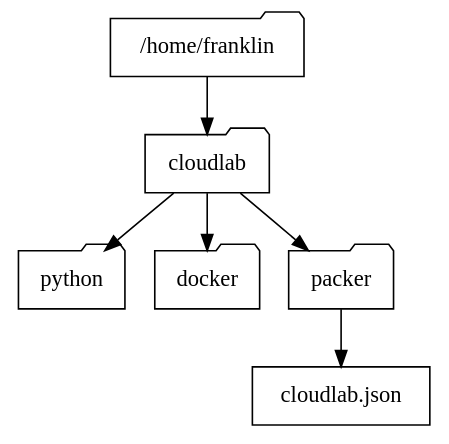
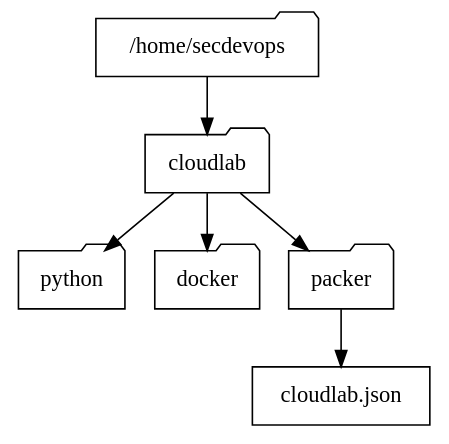
One commit to ajcborges/devsecops-tactical-workbook changed the diagram in docs/_source/tools.rst. Above: the diagram before and after it, drawn with Graphviz. The commit also changed other lines of this file and 18 other files, not shown here.

```diff
--- a/docs/_source/tools.rst
+++ b/docs/_source/tools.rst
@@ -40,17 +129,17 @@
 .. graphviz::
-   :caption: Project Directory
+   :caption: Updated Project Directory
    :align: center
 
    digraph folders {
-      "/home/franklin" [shape=folder];
+      "/home/secdevops" [shape=folder];
       "cloudlab" [shape=folder];
       "python" [shape=folder];
       "docker" [shape=folder];
       "packer" [shape=folder];
       "cloudlab.json" [shape=rect];
-      "/home/franklin" -> "cloudlab";
+      "/home/secdevops" -> "cloudlab";
       "cloudlab" -> "python";
       "cloudlab" -> "docker";
       "cloudlab" -> "packer";
       "packer" -> "cloudlab.json";
    }
```
